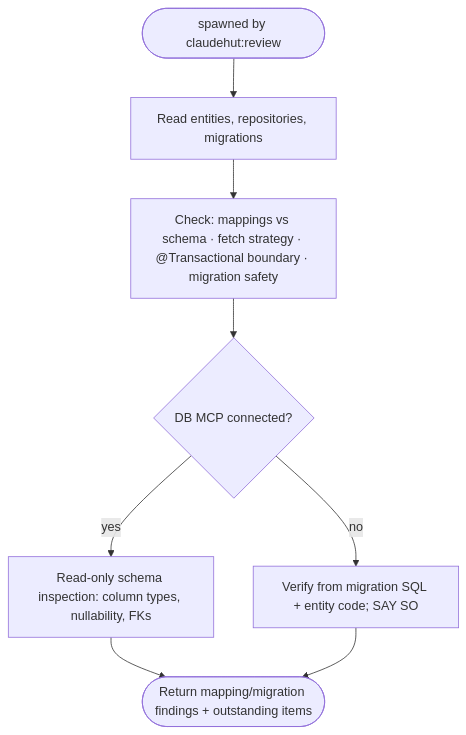
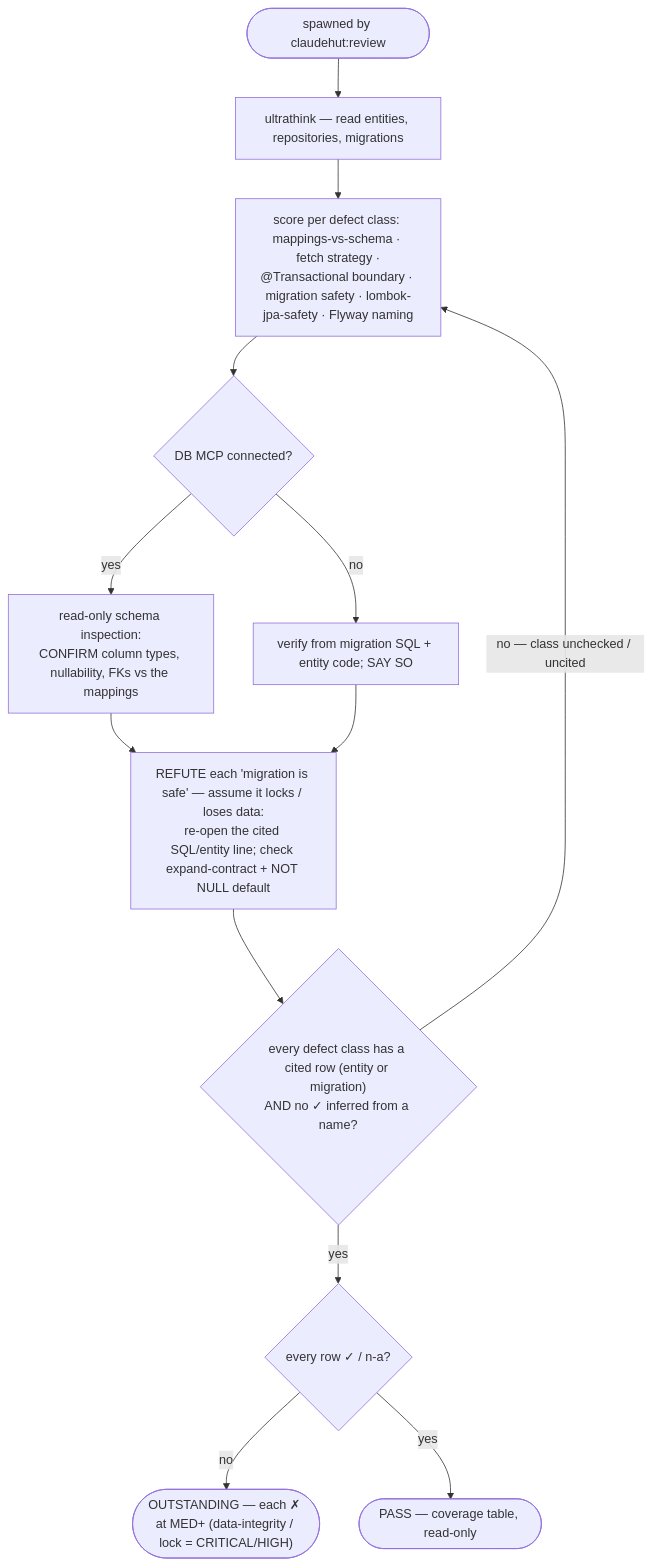
Before and after one commit to taipt1504/claudehut: the diagram in agents/claudehut-db-reviewer.md, drawn with Mermaid. The commit also changed other lines of this file and 22 other files, not shown here.

First line of the commit message:
feat(v0.8): skill+agent prompts — gates wired, ultra-flow diagrams, concision

````diff
--- a/agents/claudehut-db-reviewer.md
+++ b/agents/claudehut-db-reviewer.md
@@ -27,9 +23,15 @@
 ```mermaid
 flowchart TB
-    a([spawned by claudehut:review]) --> read["Read entities, repositories, migrations"]
-    read --> chk["Check: mappings vs schema · fetch strategy · @Transactional boundary · migration safety"]
-    chk --> mcp{"DB MCP connected?"}
-    mcp -- yes --> live["Read-only schema inspection: column types, nullability, FKs"]
-    mcp -- no --> static["Verify from migration SQL + entity code; SAY SO"]
-    live & static --> out([Return mapping/migration findings + outstanding items])
+    start([spawned by claudehut:review]) --> read["ultrathink — read entities, repositories, migrations"]
+    read --> chk["score per defect class: mappings-vs-schema · fetch strategy ·<br/>@Transactional boundary · migration safety · lombok-jpa-safety · Flyway naming"]
+    chk --> ground{"DB MCP connected?"}
+    ground -- "yes" --> live["read-only schema inspection:<br/>CONFIRM column types, nullability, FKs vs the mappings"]
+    ground -- "no" --> infer["verify from migration SQL + entity code; SAY SO"]
+    live --> crit["REFUTE each 'migration is safe' — assume it locks / loses data:<br/>re-open the cited SQL/entity line; check expand-contract + NOT NULL default"]
+    infer --> crit
+    crit --> ev{"every defect class has a cited row (entity or migration)<br/>AND no ✓ inferred from a name?"}
+    ev -- "no — class unchecked / uncited" --> chk
+    ev -- "yes" --> verdict{"every row ✓ / n-a?"}
+    verdict -- "no" --> out(["OUTSTANDING — each ✗ at MED+ (data-integrity / lock = CRITICAL/HIGH)"])
+    verdict -- "yes" --> pass(["PASS — coverage table, read-only"])
 ```
````
